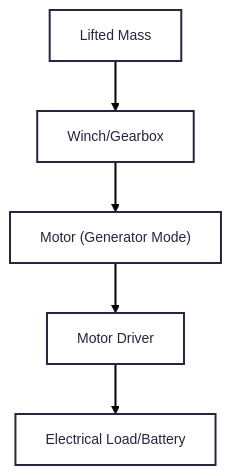
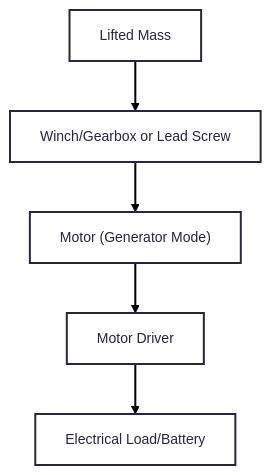
One commit to Chris-Trentman-25/Senior-Design-Project changed the second of 3 diagrams in Design.md. Above: the diagram before and after it, drawn with Mermaid. The commit also changed other lines of this file, not shown here.

````diff
--- a/Design.md
+++ b/Design.md
@@ -71,12 +65,12 @@
 ```mermaid
 ---
 config:
       theme: redux
 ---
 flowchart TD
         A["Lifted Mass"]
-        A --> B["Winch/Gearbox"]
+        A --> B["Winch/Gearbox or Lead Screw"]
         B --> C["Motor (Generator Mode)"]
         C --> D["Motor Driver"]
         D --> E["Electrical Load/Battery"]
 ```
````
